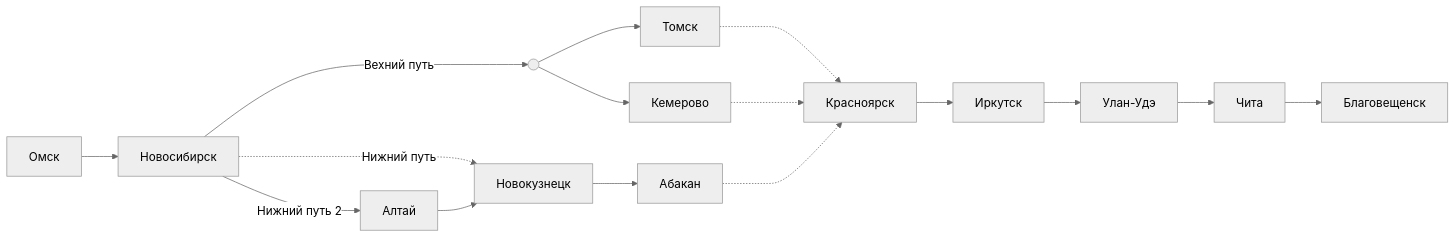
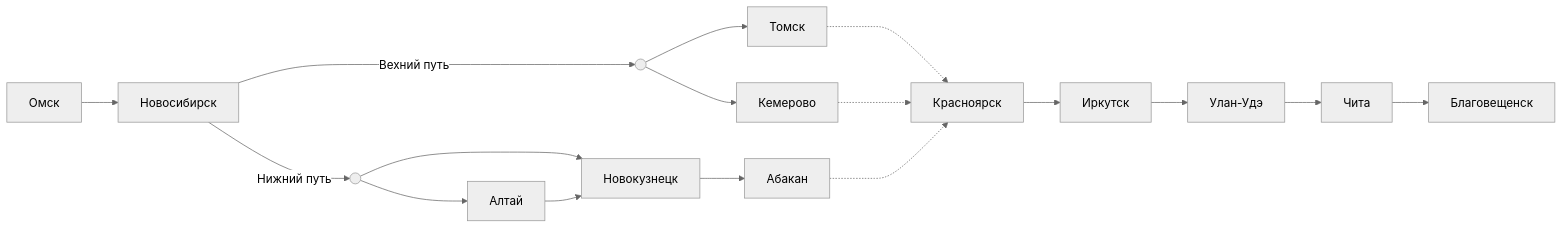
Before and after one commit to u0feff/Pezda: the first of 11 diagrams in README.md, drawn with Mermaid (neutral theme). The commit also changed other lines of this file, not shown here.

````diff
--- a/README.md
+++ b/README.md
@@ -13,23 +27,24 @@
 ```mermaid
 graph LR
     Омск-->Новосибирск
 
-    Новосибирск--"Вехний путь"-->VP(( ))
+    Новосибирск--"Вехний путь"-->VP1(( ))
 
-    VP(( ))-->Томск-..->Красноярск
-    VP(( ))-->Кемерово-..->Красноярск
+    VP1(( ))-->Томск-..->Красноярск
+    VP1(( ))-->Кемерово-..->Красноярск
 
-    Новосибирск-."Нижний путь".->Новокузнецк
+    Новосибирск--"Нижний путь"-->VP2(( ))
 
-    Новосибирск--"Нижний путь 2"-->Алтай-->Новокузнецк
+    VP2(( ))-->Новокузнецк
+    VP2(( ))-->Алтай-->Новокузнецк
 
     Новокузнецк-->Абакан-..->Красноярск
 
     Красноярск-->Иркутск
 
     Иркутск-->Улан-Удэ
 
     Улан-Удэ-->Чита
 
     Чита-->Благовещенск
 ```
````
